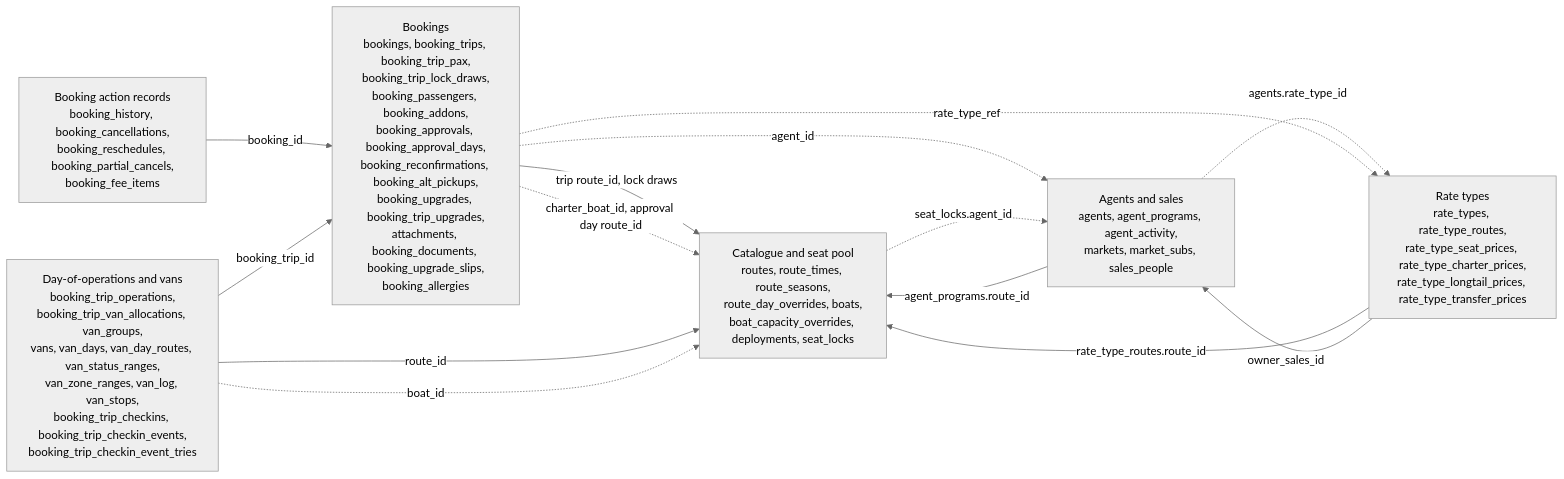
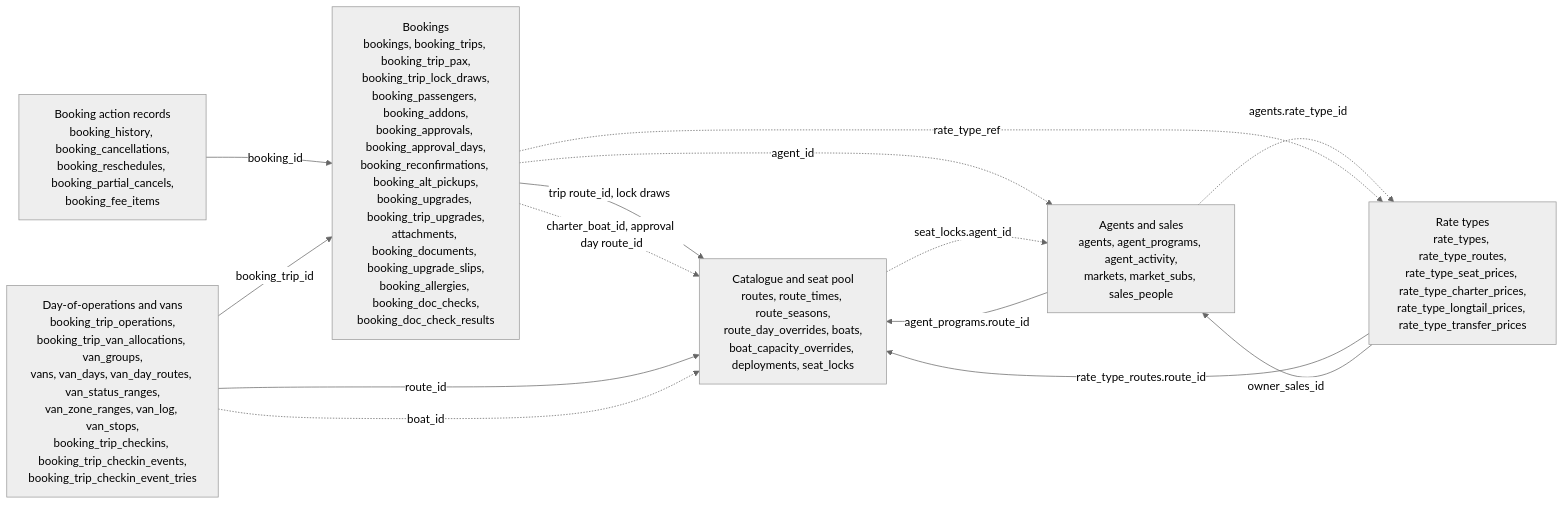
The first of 7 diagrams in docs/schema.md (TheTaTha5/operation_backend), drawn with Mermaid (neutral theme) before and after one commit. The commit also changed 10 other files, not shown here.

````diff
--- a/docs/schema.md
+++ b/docs/schema.md
@@ -28,23 +28,23 @@
 ```mermaid
 flowchart LR
   catalogue["Catalogue and seat pool<br/>routes, route_times, route_seasons,<br/>route_day_overrides, boats,<br/>boat_capacity_overrides, deployments, seat_locks"]
-  bookings["Bookings<br/>bookings, booking_trips, booking_trip_pax,<br/>booking_trip_lock_draws,<br/>booking_passengers, booking_addons,<br/>booking_approvals, booking_approval_days,<br/>booking_reconfirmations, booking_alt_pickups,<br/>booking_upgrades, booking_trip_upgrades,<br/>attachments, booking_documents, booking_upgrade_slips,<br/>booking_allergies"]
+  bookings["Bookings<br/>bookings, booking_trips, booking_trip_pax,<br/>booking_trip_lock_draws,<br/>booking_passengers, booking_addons,<br/>booking_approvals, booking_approval_days,<br/>booking_reconfirmations, booking_alt_pickups,<br/>booking_upgrades, booking_trip_upgrades,<br/>attachments, booking_documents, booking_upgrade_slips,<br/>booking_allergies, booking_doc_checks,<br/>booking_doc_check_results"]
   actions["Booking action records<br/>booking_history, booking_cancellations,<br/>booking_reschedules, booking_partial_cancels,<br/>booking_fee_items"]
   ops["Day-of-operations and vans<br/>booking_trip_operations,<br/>booking_trip_van_allocations, van_groups,<br/>vans, van_days, van_day_routes, van_status_ranges,<br/>van_zone_ranges, van_log, van_stops,<br/>booking_trip_checkins, booking_trip_checkin_events,<br/>booking_trip_checkin_event_tries"]
   sales["Agents and sales<br/>agents, agent_programs, agent_activity,<br/>markets, market_subs, sales_people"]
   rates["Rate types<br/>rate_types, rate_type_routes,<br/>rate_type_seat_prices, rate_type_charter_prices,<br/>rate_type_longtail_prices, rate_type_transfer_prices"]
 
   bookings -- "trip route_id, lock draws" --> catalogue
   bookings -. "charter_boat_id, approval day route_id" .-> catalogue
   actions -- "booking_id" --> bookings
   ops -- "booking_trip_id" --> bookings
   ops -- "route_id" --> catalogue
   ops -. "boat_id" .-> catalogue
   sales -- "agent_programs.route_id" --> catalogue
   bookings -. "agent_id" .-> sales
   catalogue -. "seat_locks.agent_id" .-> sales
   rates -- "rate_type_routes.route_id" --> catalogue
   rates -- "owner_sales_id" --> sales
   sales -. "agents.rate_type_id" .-> rates
   bookings -. "rate_type_ref" .-> rates
 ```
````
